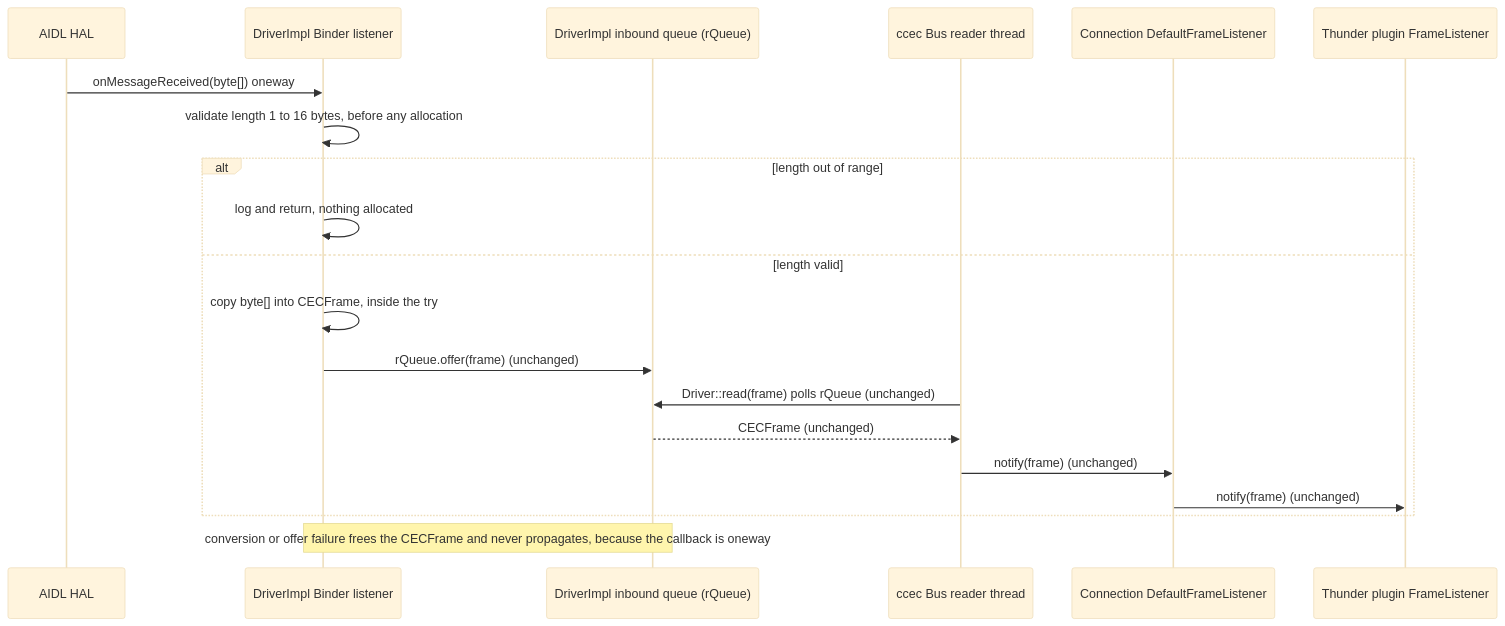
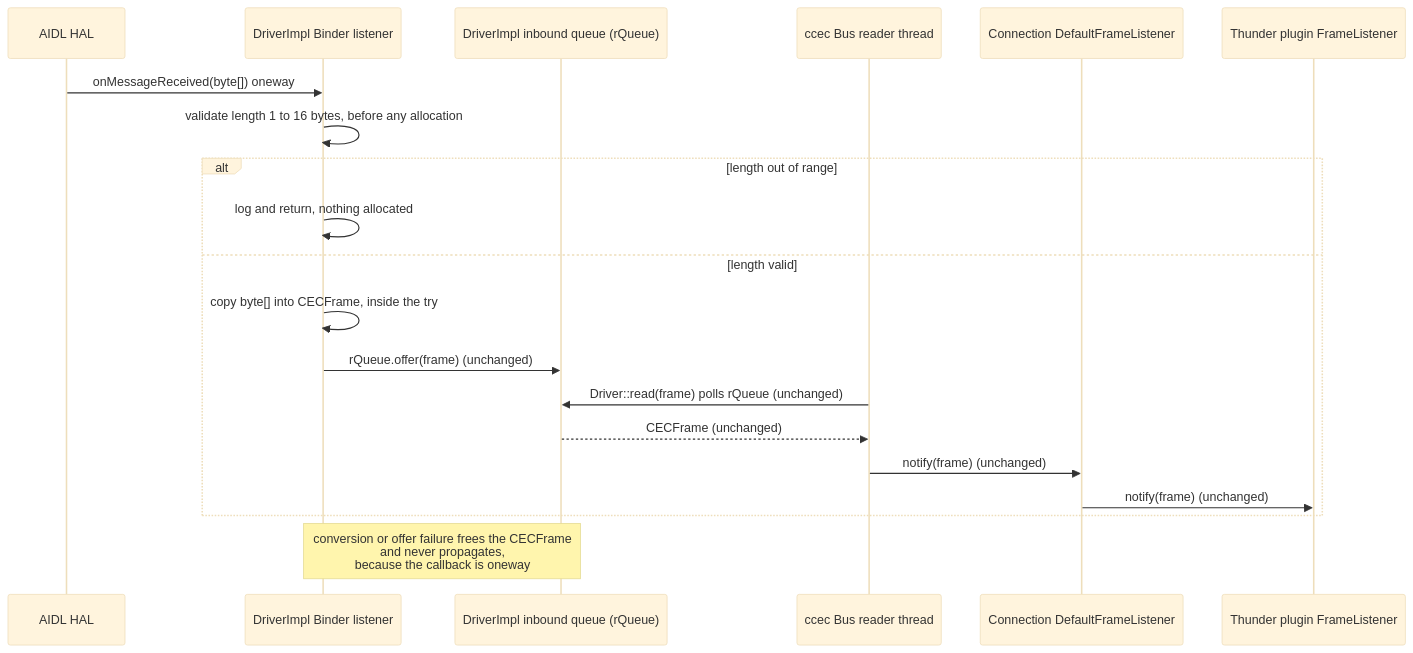
One commit to Blitzy-Sky/rdk-halif-aidl changed the third of 3 diagrams in hdmicec/current/docs/migration_mapping.md. Above: the diagram before and after it, drawn with Mermaid (base theme). The commit also changed other lines of this file, not shown here.

````diff
--- a/hdmicec/current/docs/migration_mapping.md
+++ b/hdmicec/current/docs/migration_mapping.md
@@ -477,22 +478,22 @@
 ```mermaid
 sequenceDiagram
     participant HAL as AIDL HAL
     participant LS as DriverImpl Binder listener
     participant Q as DriverImpl inbound queue (rQueue)
     participant RD as ccec Bus reader thread
     participant CN as Connection DefaultFrameListener
     participant PL as Thunder plugin FrameListener
     HAL->>LS: onMessageReceived(byte[]) oneway
     LS->>LS: validate length 1 to 16 bytes, before any allocation
     alt length out of range
         LS->>LS: log and return, nothing allocated
     else length valid
         LS->>LS: copy byte[] into CECFrame, inside the try
         LS->>Q: rQueue.offer(frame) (unchanged)
         RD->>Q: Driver::read(frame) polls rQueue (unchanged)
         Q-->>RD: CECFrame (unchanged)
         RD->>CN: notify(frame) (unchanged)
         CN->>PL: notify(frame) (unchanged)
     end
-    Note over LS,Q: conversion or offer failure frees the CECFrame and never propagates, because the callback is oneway
+    Note over LS,Q: conversion or offer failure frees the CECFrame<br/>and never propagates,<br/>because the callback is oneway
 ```
````
